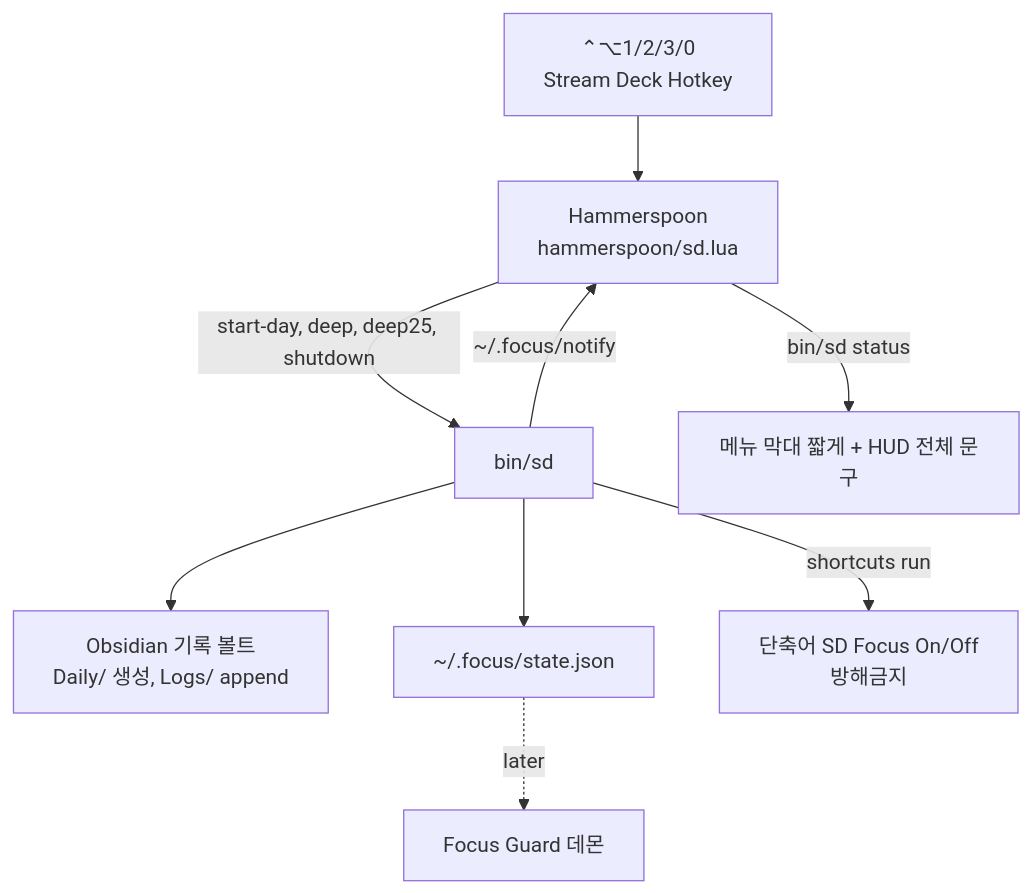
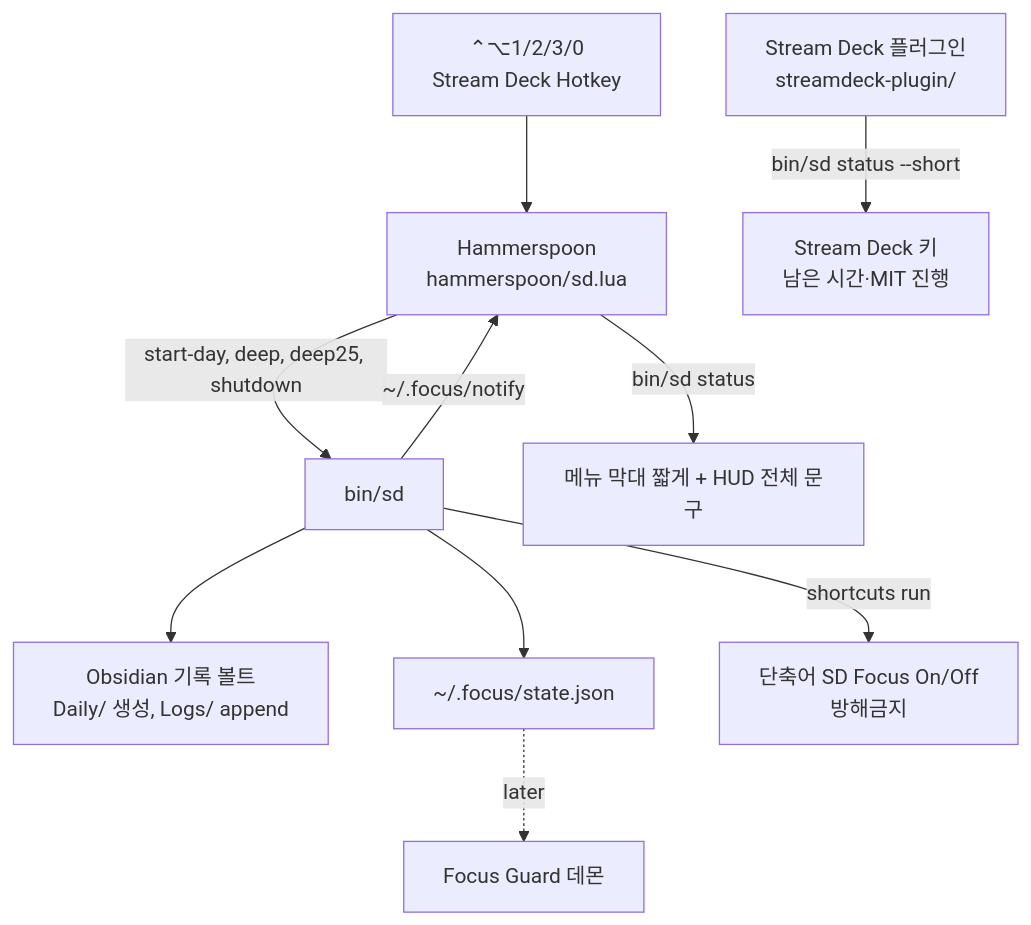
The diagram in docs/ARCHITECTURE.md (RRoundTable/streaming-deck), drawn with Mermaid before and after one commit. The commit also changed other lines of this file and 16 other files, not shown here.

First line of the commit message:
ADR-005: Stream Deck 남은 시간 키를 자체 표시 전용 플러그인으로

````diff
--- a/docs/ARCHITECTURE.md
+++ b/docs/ARCHITECTURE.md
@@ -7,11 +7,12 @@
 ```mermaid
 flowchart TD
     K[⌃⌥1/2/3/0<br/>Stream Deck Hotkey] --> HS[Hammerspoon<br/>hammerspoon/sd.lua]
     HS -->|start-day, deep, deep25, shutdown| B[bin/sd]
     B --> O[Obsidian 기록 볼트<br/>Daily/ 생성, Logs/ append]
     B --> F[~/.focus/state.json]
     B -->|shortcuts run| FM[단축어 SD Focus On/Off<br/>방해금지]
     B -->|~/.focus/notify| HS
     HS -->|bin/sd status| MB[메뉴 막대 짧게 + HUD 전체 문구]
+    SDP[Stream Deck 플러그인<br/>streamdeck-plugin/] -->|bin/sd status --short| KEY[Stream Deck 키<br/>남은 시간·MIT 진행]
     F -.later.-> G[Focus Guard 데몬]
 ```
````
